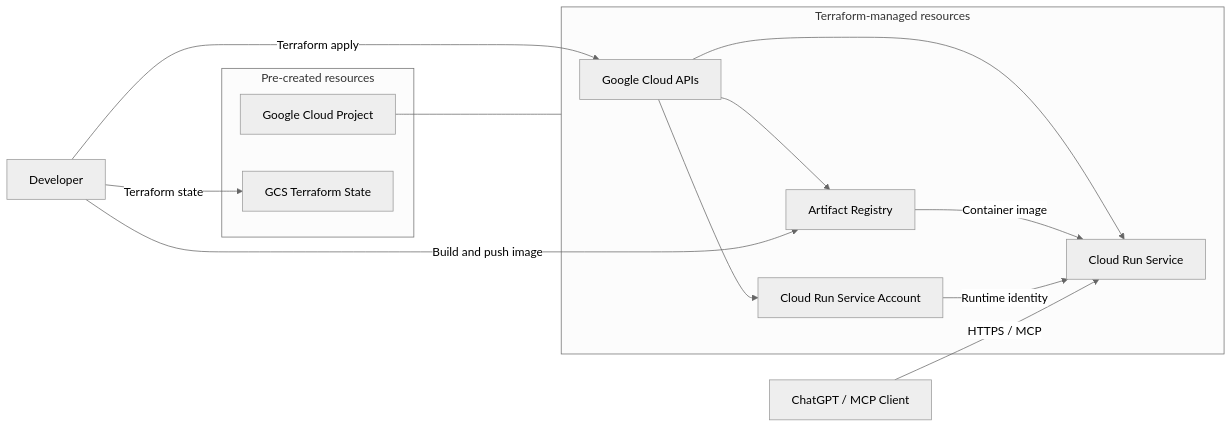
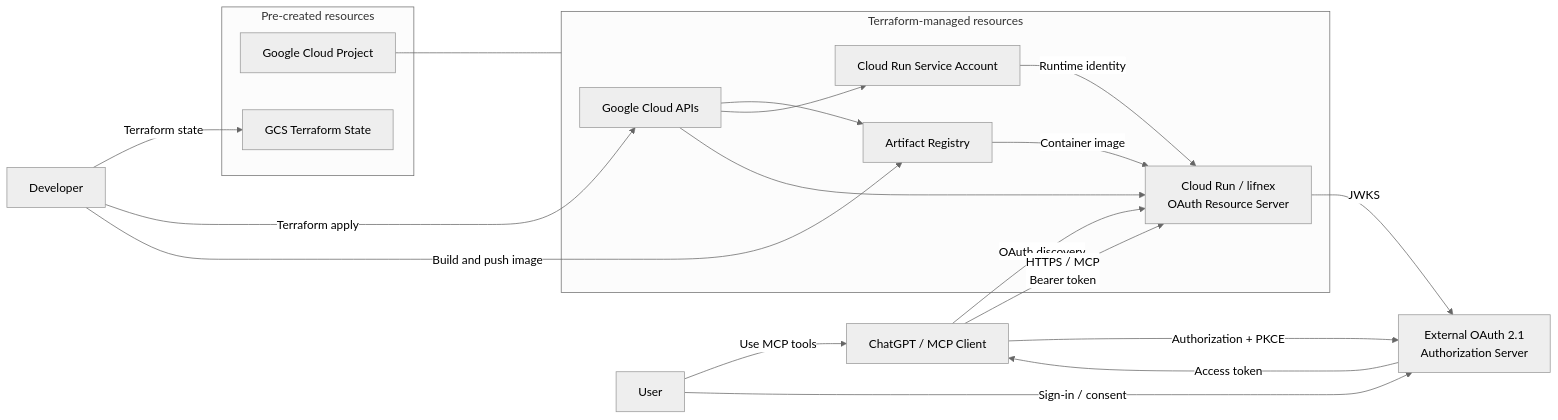
One commit to kazuy/lifnex changed the diagram in infra/README.md. Above: the diagram before and after it, drawn with Mermaid (neutral theme). The commit also changed other lines of this file and 13 other files, not shown here.

First line of the commit message:
feat(auth): add OAuth authentication to the MCP server (#8)

````diff
--- a/infra/README.md
+++ b/infra/README.md
@@ -5,29 +5,37 @@
 ```mermaid
 flowchart LR
+    User["User"]
     Client["ChatGPT / MCP Client"]
     Developer["Developer"]
+    AuthServer["External OAuth 2.1<br/>Authorization Server"]
 
     subgraph Existing["Pre-created resources"]
         Project["Google Cloud Project"]
         State["GCS Terraform State"]
     end
 
     subgraph Terraform["Terraform-managed resources"]
         APIs["Google Cloud APIs"]
         AR["Artifact Registry"]
         SA["Cloud Run Service Account"]
-        Run["Cloud Run Service"]
+        Run["Cloud Run / lifnex<br/>OAuth Resource Server"]
 
         APIs --> AR
         APIs --> SA
         APIs --> Run
         AR -->|"Container image"| Run
         SA -->|"Runtime identity"| Run
     end
 
     Developer -->|"Terraform state"| State
     Developer -->|"Terraform apply"| APIs
     Developer -->|"Build and push image"| AR
     Project --- Terraform
-    Client -->|"HTTPS / MCP"| Run
+    User -->|"Use MCP tools"| Client
+    User -->|"Sign-in / consent"| AuthServer
+    Client -->|"OAuth discovery"| Run
+    Client -->|"Authorization + PKCE"| AuthServer
+    AuthServer -->|"Access token"| Client
+    Client -->|"HTTPS / MCP<br/>Bearer token"| Run
+    Run -->|"JWKS"| AuthServer
 ```
````
